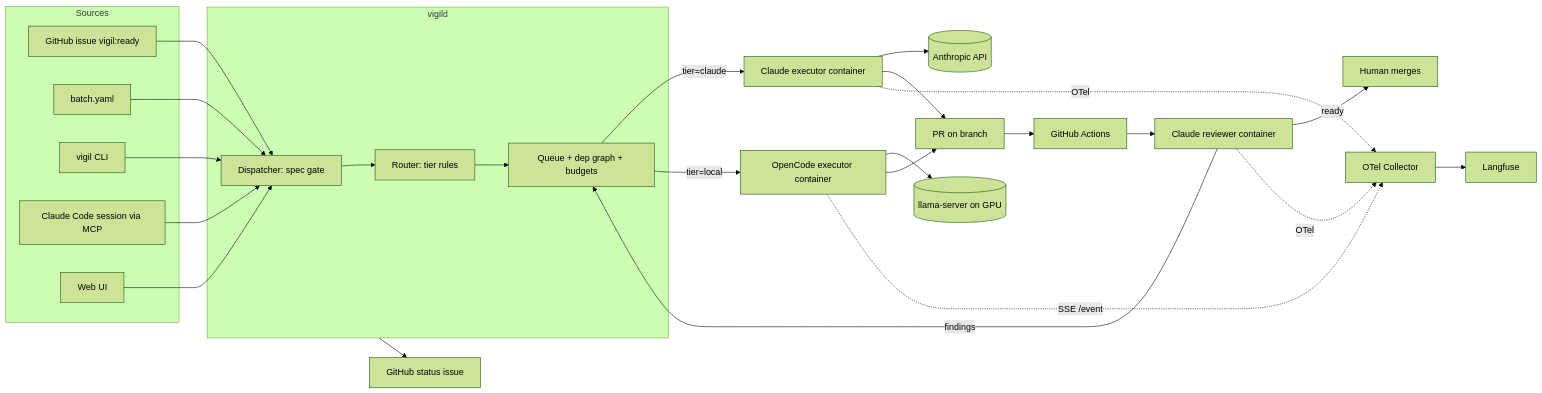
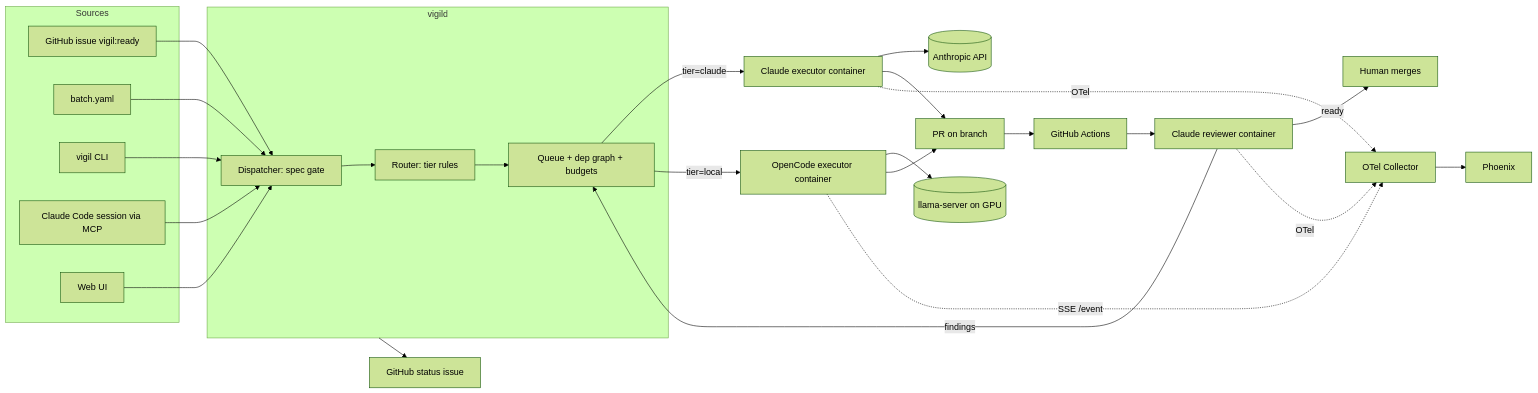
Before and after one commit to alienvisitor8675-bit/vigil: the first of 2 diagrams in docs/design.md, drawn with Mermaid (forest theme). The commit also changed other lines of this file and 174 other files, not shown here.

````diff
--- a/docs/design.md
+++ b/docs/design.md
@@ -75,34 +82,34 @@
 ```mermaid
 flowchart LR
   subgraph Sources
     GH[GitHub issue vigil:ready]
     YAML[batch.yaml]
     CLI[vigil CLI]
     CC[Claude Code session via MCP]
     WEB[Web UI]
   end
   GH --> D
   YAML --> D
   CLI --> D
   CC --> D
   WEB --> D
   subgraph vigild
     D[Dispatcher: spec gate] --> R[Router: tier rules]
     R --> Q[Queue + dep graph + budgets]
   end
   Q -->|tier=claude| CE[Claude executor container]
   Q -->|tier=local| OE[OpenCode executor container]
   OE --> LS[(llama-server on GPU)]
   CE --> API[(Anthropic API)]
   CE --> PR[PR on branch]
   OE --> PR
   PR --> CI[GitHub Actions]
   CI --> RV[Claude reviewer container]
   RV -->|findings| Q
   RV -->|ready| H[Human merges]
   CE -.OTel.-> OC[OTel Collector]
   OE -.SSE /event.-> OC
   RV -.OTel.-> OC
-  OC --> LF[Langfuse]
+  OC --> LF[Phoenix]
   vigild --> SI[GitHub status issue]
 ```
````
